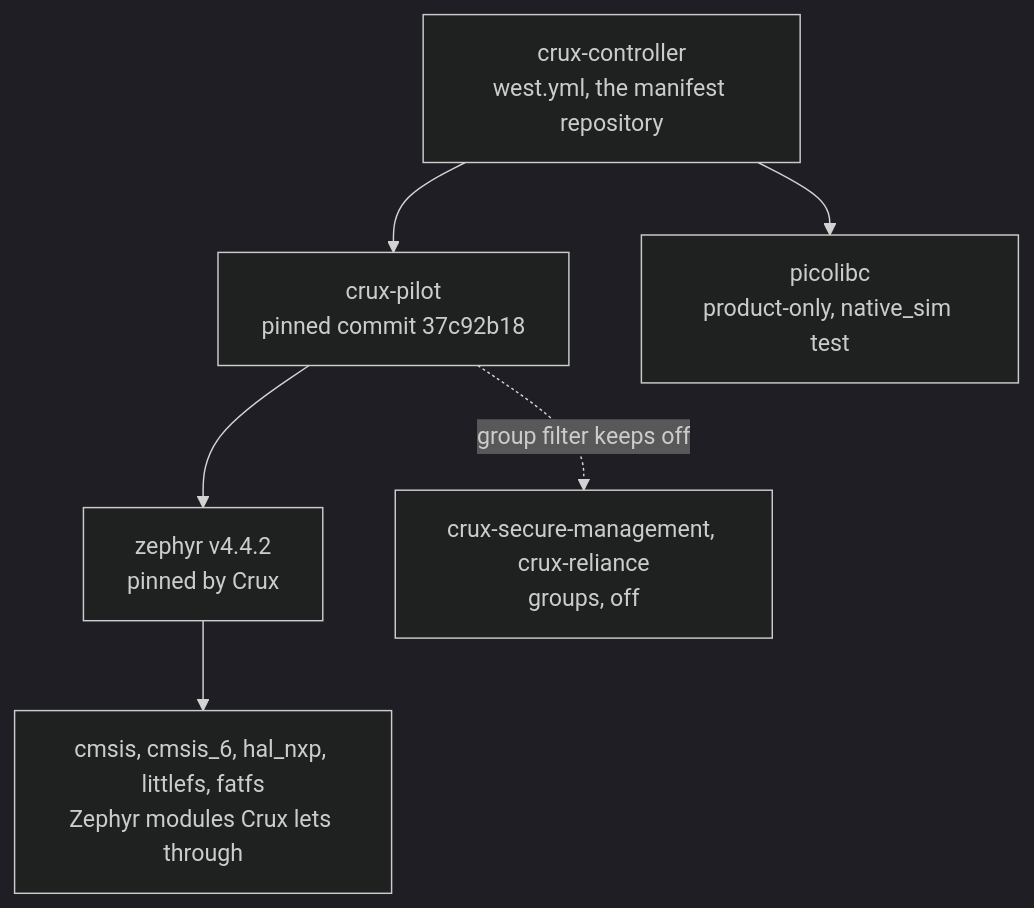
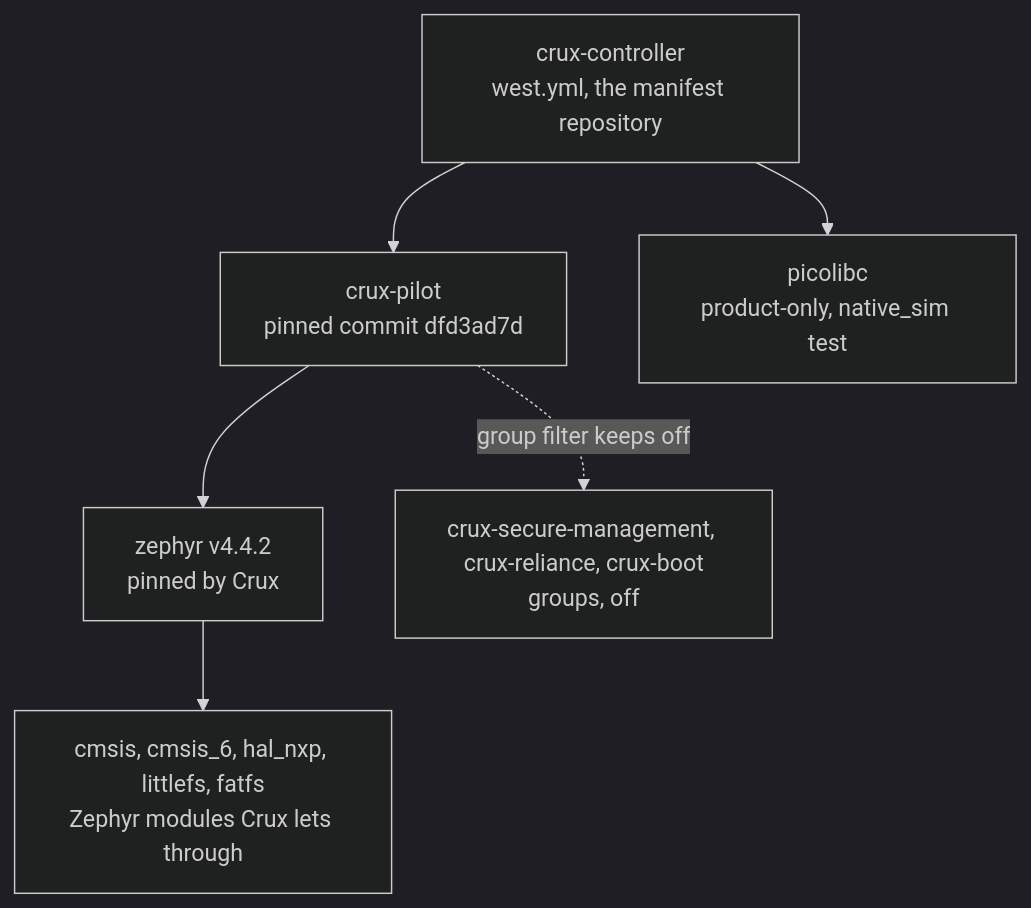
The diagram in docs/dependencies.md (wonny-labs/crux-controller), drawn with Mermaid (dark theme) before and after one commit. The commit also changed other lines of this file and 9 other files, not shown here.

First line of the commit message:
build: bump the crux-pilot pin to dfd3ad7d

````diff
--- a/docs/dependencies.md
+++ b/docs/dependencies.md
@@ -16,14 +16,14 @@
 ```mermaid
 flowchart TD
     CC["crux-controller<br/>west.yml, the manifest repository"]
-    CP["crux-pilot<br/>pinned commit 37c92b18"]
+    CP["crux-pilot<br/>pinned commit dfd3ad7d"]
     ZP["zephyr v4.4.2<br/>pinned by Crux"]
     MOD["cmsis, cmsis_6, hal_nxp, littlefs, fatfs<br/>Zephyr modules Crux lets through"]
     PL["picolibc<br/>product-only, native_sim test"]
-    OFF["crux-secure-management, crux-reliance<br/>groups, off"]
+    OFF["crux-secure-management, crux-reliance, crux-boot<br/>groups, off"]
     CC --> CP
     CC --> PL
     CP --> ZP
     ZP --> MOD
     CP -. "group filter keeps off" .-> OFF
 ```
````
